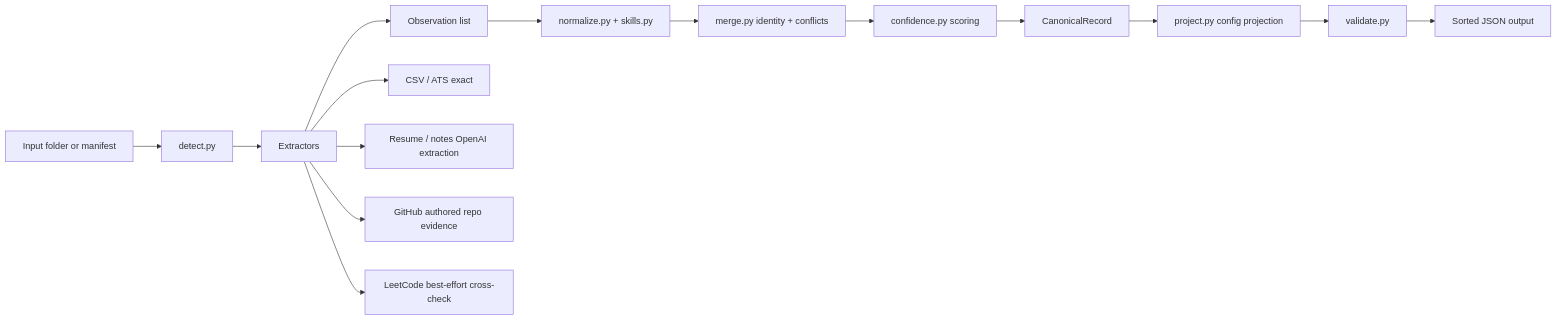
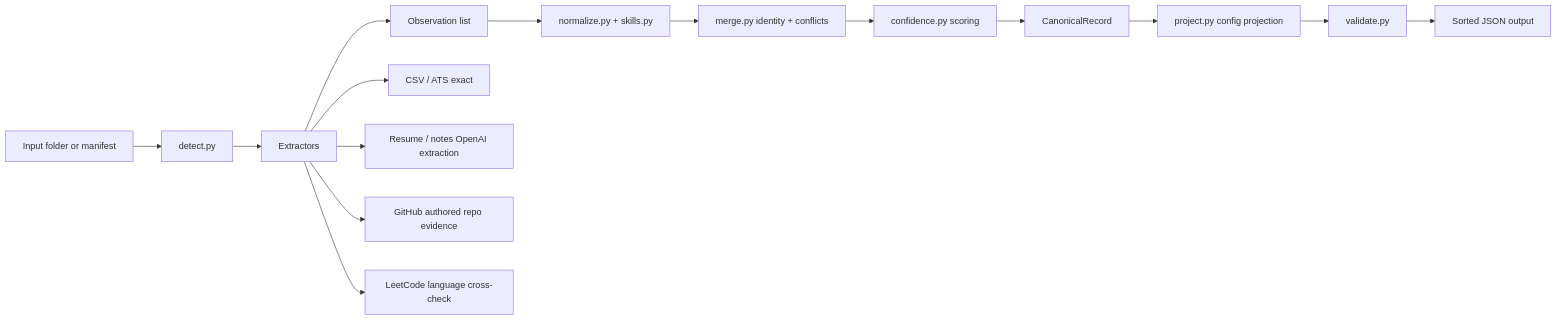
The first of 2 diagrams in README.md (Ash007dev/Eightfold), drawn with Mermaid before and after one commit. The commit also changed other lines of this file and 2 other files, not shown here.

````diff
--- a/README.md
+++ b/README.md
@@ -44,18 +44,18 @@
 ```mermaid
 flowchart LR
   A[Input folder or manifest] --> B[detect.py]
   B --> C[Extractors]
   C --> D[Observation list]
   D --> E[normalize.py + skills.py]
   E --> F[merge.py identity + conflicts]
   F --> G[confidence.py scoring]
   G --> H[CanonicalRecord]
   H --> I[project.py config projection]
   I --> J[validate.py]
   J --> K[Sorted JSON output]
 
   C --> C1[CSV / ATS exact]
   C --> C2[Resume / notes OpenAI extraction]
   C --> C3[GitHub authored repo evidence]
-  C --> C4[LeetCode best-effort cross-check]
+  C --> C4[LeetCode language cross-check]
 ```
````
